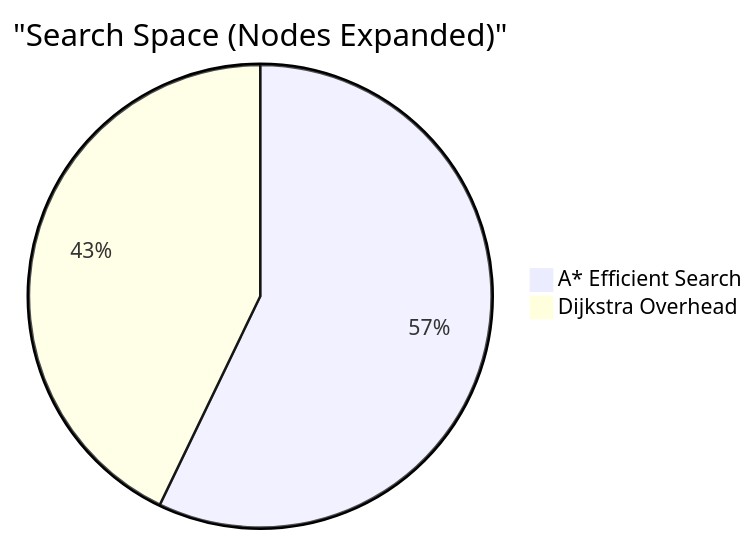
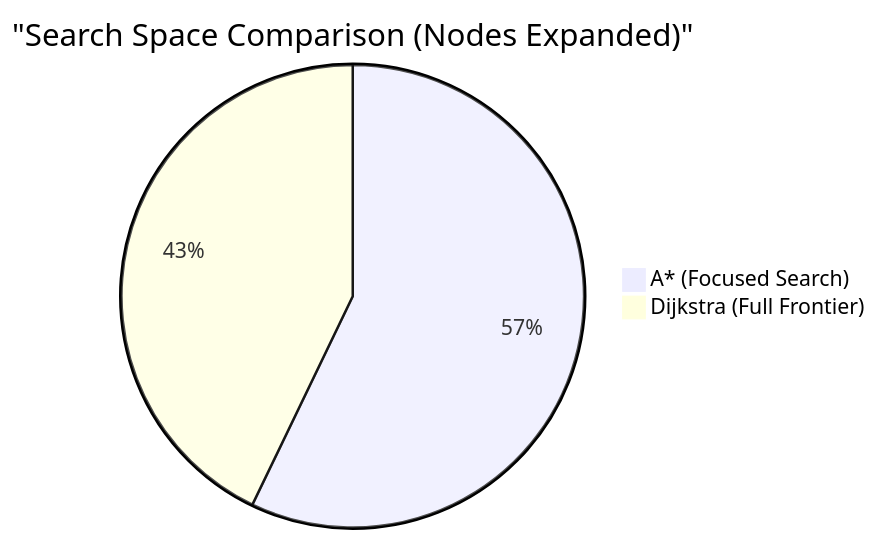
One commit to AIU-SoftWave/Greater-Cairo-Transportation-Network changed the third of 3 diagrams in REPORT.md. Above: the diagram before and after it, drawn with Mermaid. The commit also changed other lines of this file, not shown here.

````diff
--- a/REPORT.md
+++ b/REPORT.md
@@ -372,5 +408,5 @@
 ```mermaid
-pie title "Search Space (Nodes Expanded)"
-    "A* Efficient Search" : 16
-    "Dijkstra Overhead" : 12
+pie title "Search Space Comparison (Nodes Expanded)"
+    "A* (Focused Search)" : 16
+    "Dijkstra (Full Frontier)" : 12
 ```
````
